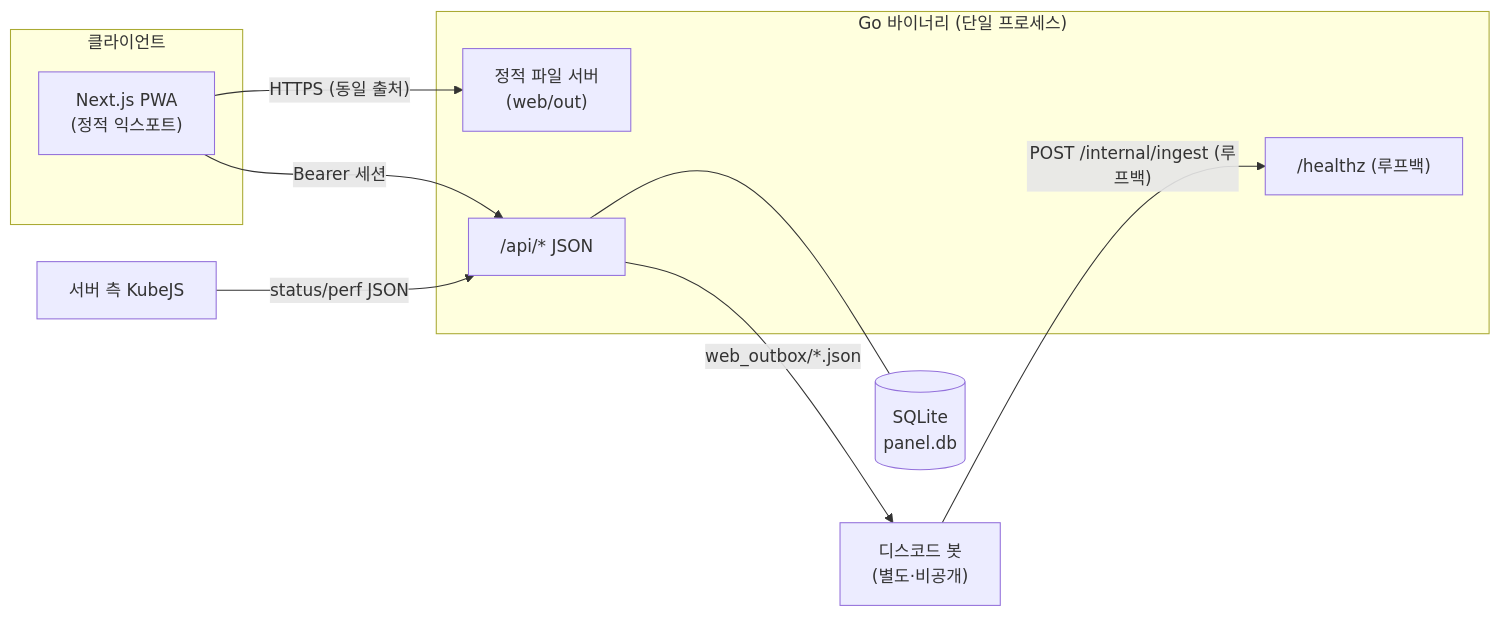
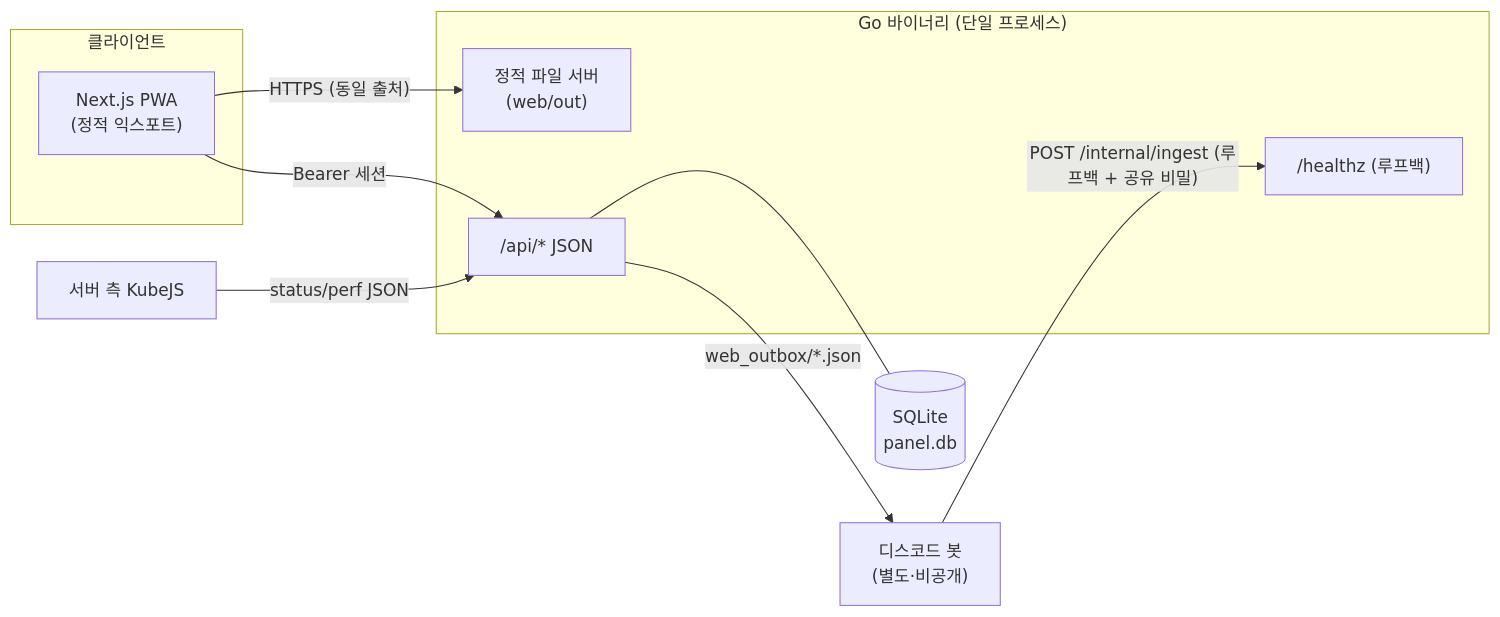
Before and after one commit to Kim-Geonwoo/mc-panel-pwa: the diagram in README.md, drawn with Mermaid. The commit also changed other lines of this file and 9 other files, not shown here.

````diff
--- a/README.md
+++ b/README.md
@@ -55,21 +55,21 @@
 ```mermaid
 flowchart LR
   subgraph Client[클라이언트]
     PWA["Next.js PWA<br/>(정적 익스포트)"]
   end
   subgraph Backend["Go 바이너리 (단일 프로세스)"]
     Static["정적 파일 서버<br/>(web/out)"]
     API["/api/* JSON"]
     Health["/healthz (루프백)"]
   end
   Bot["디스코드 봇<br/>(별도·비공개)"]
   KubeJS["서버 측 KubeJS"]
   DB[("SQLite<br/>panel.db")]
 
   PWA -- "HTTPS (동일 출처)" --> Static
   PWA -- "Bearer 세션" --> API
   API --- DB
-  Bot -- "POST /internal/ingest (루프백)" --> Health
+  Bot -- "POST /internal/ingest (루프백 + 공유 비밀)" --> Health
   KubeJS -- "status/perf JSON" --> API
   API -- "web_outbox/*.json" --> Bot
 ```
````
